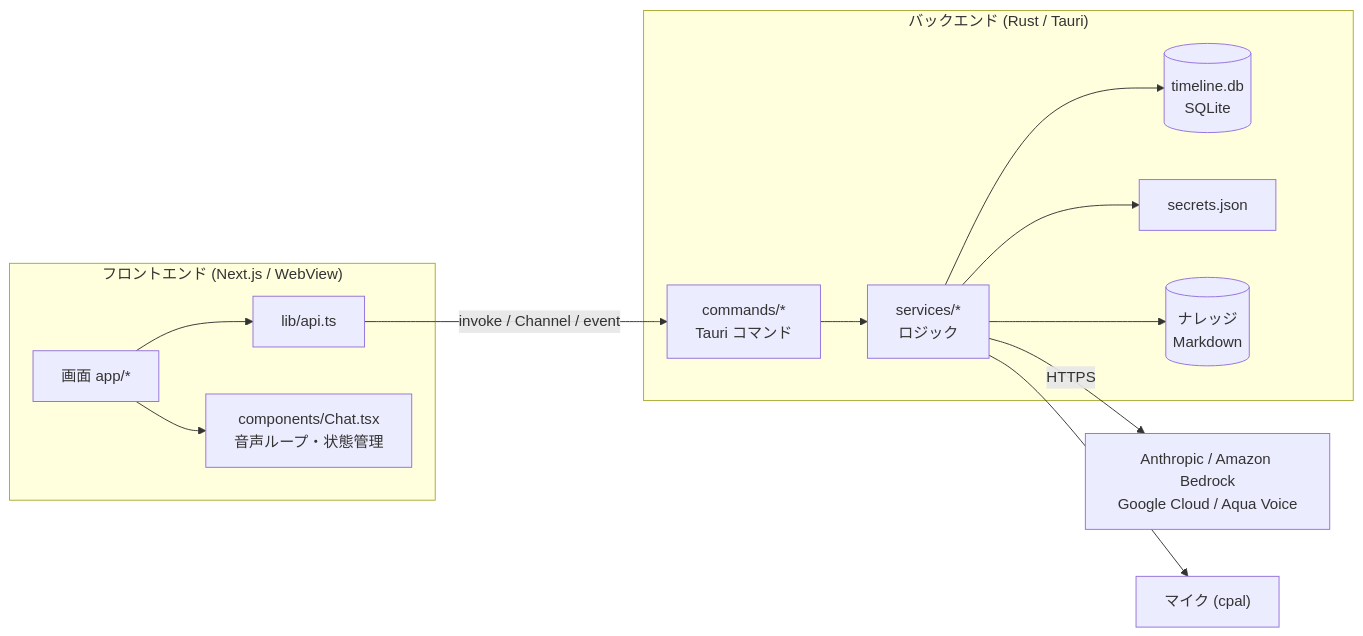
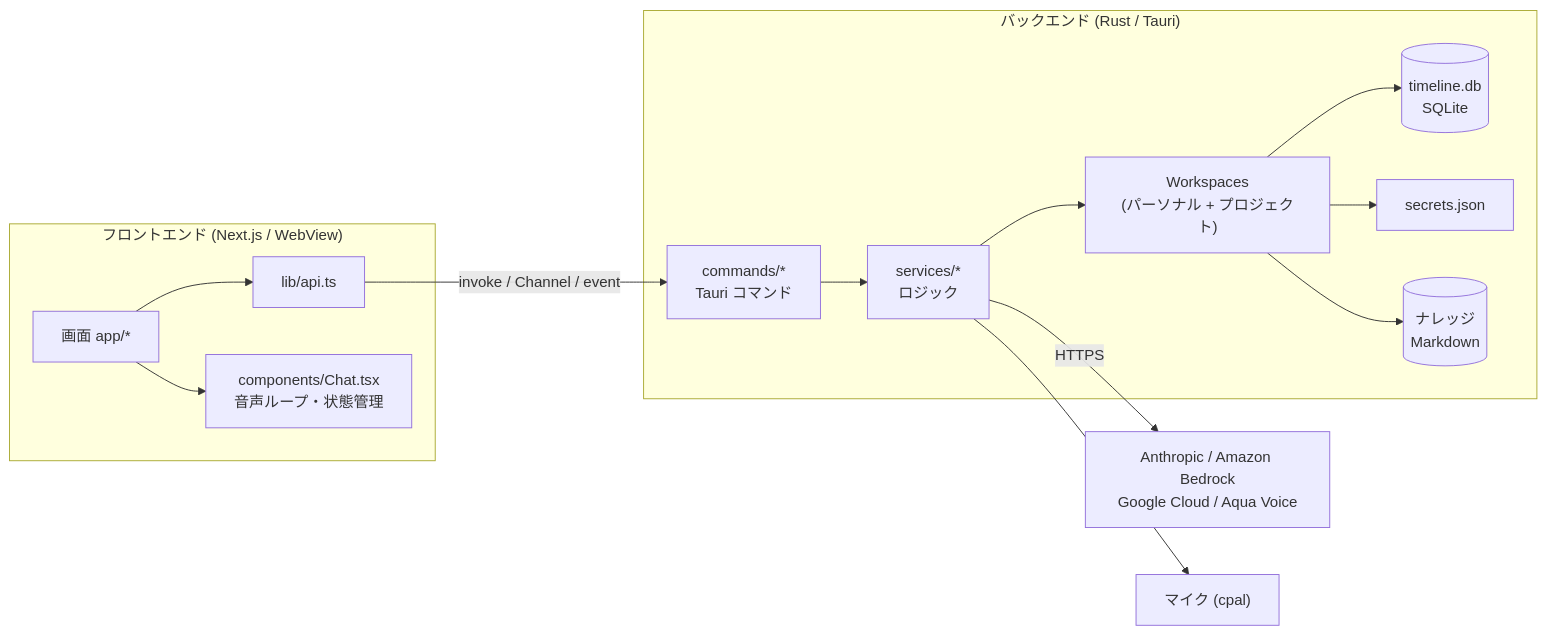
One commit to long-in/MyAssistant changed the first of 2 diagrams in docs/architecture.md. Above: the diagram before and after it, drawn with Mermaid. The commit also changed other lines of this file and 8 other files, not shown here.

````diff
--- a/docs/architecture.md
+++ b/docs/architecture.md
@@ -7,16 +7,17 @@
 ```mermaid
 flowchart LR
   subgraph FE["フロントエンド (Next.js / WebView)"]
     UI["画面 app/*"] --> API["lib/api.ts"]
     UI --> Chat["components/Chat.tsx<br/>音声ループ・状態管理"]
   end
   subgraph BE["バックエンド (Rust / Tauri)"]
     CMD["commands/*<br/>Tauri コマンド"] --> SVC["services/*<br/>ロジック"]
-    SVC --> DB[("timeline.db<br/>SQLite")]
-    SVC --> SEC["secrets.json"]
-    SVC --> KN[("ナレッジ<br/>Markdown")]
+    SVC --> WS["Workspaces<br/>(パーソナル + プロジェクト)"]
+    WS --> DB[("timeline.db<br/>SQLite")]
+    WS --> SEC["secrets.json"]
+    WS --> KN[("ナレッジ<br/>Markdown")]
   end
   API -- invoke / Channel / event --> CMD
   SVC -- HTTPS --> EXT["Anthropic / Amazon Bedrock<br/>Google Cloud / Aqua Voice"]
   SVC --> MIC["マイク (cpal)"]
 ```
````
